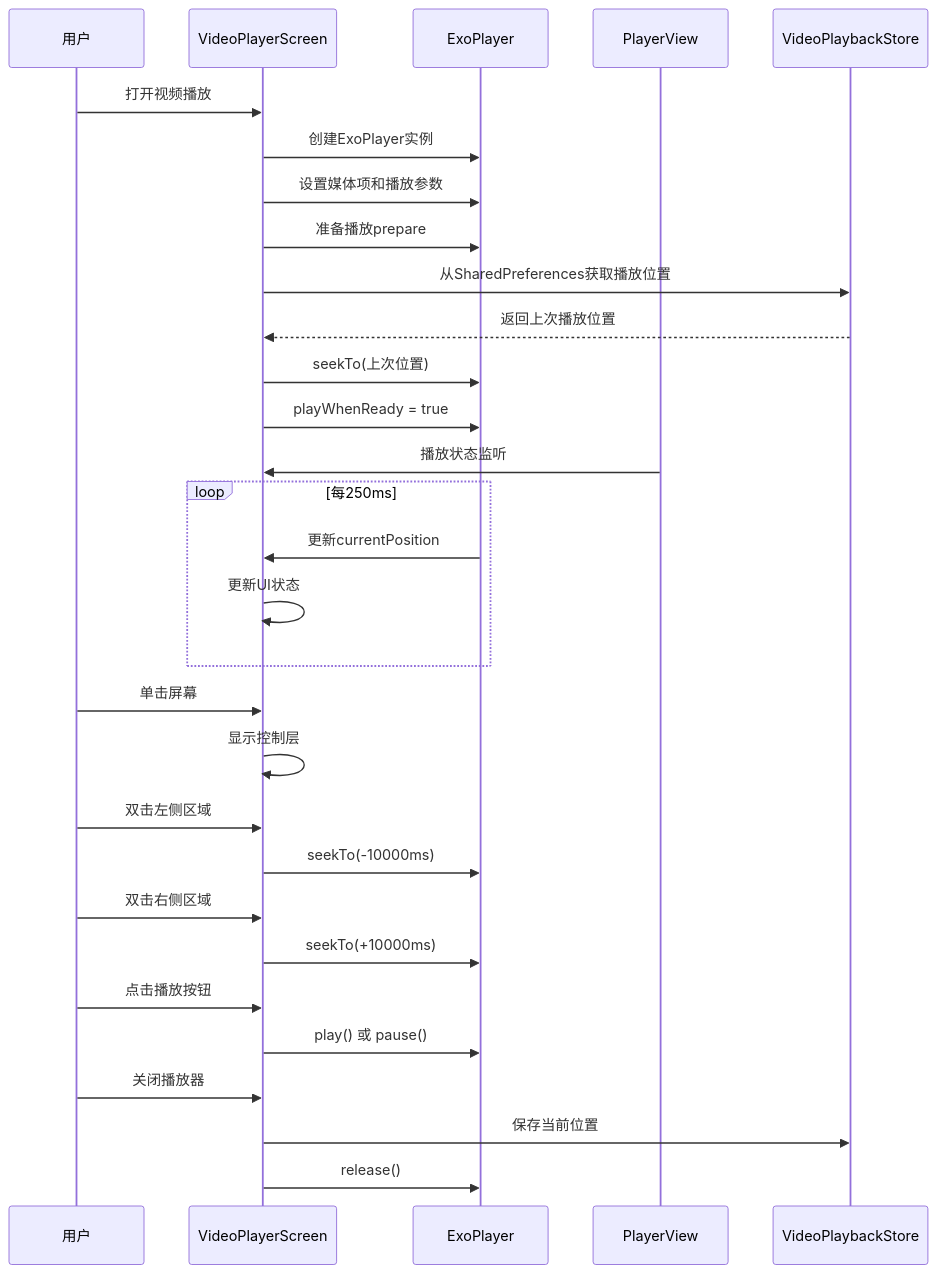
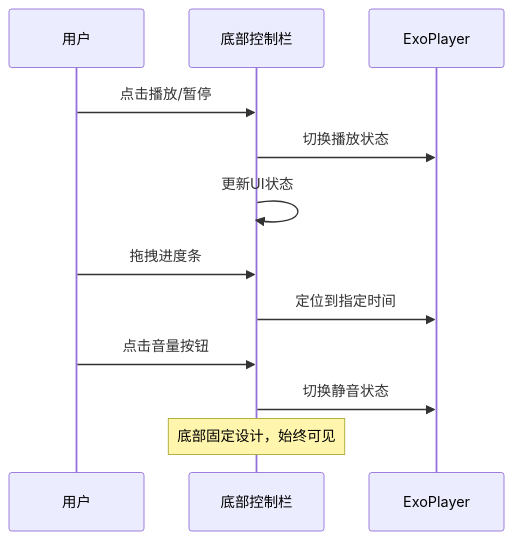
One commit to wanhongbo/ai-photo-vault changed the third of 9 diagrams in .qoder/repowiki/zh/content/项目概述/核心功能特性/视频播放系统.md. Above: the diagram before and after it, drawn with Mermaid. The commit also changed other lines of this file and 6 other files, not shown here.

````diff
--- a/.qoder/repowiki/zh/content/项目概述/核心功能特性/视频播放系统.md
+++ b/.qoder/repowiki/zh/content/项目概述/核心功能特性/视频播放系统.md
@@ -267,32 +244,14 @@
 ```mermaid
 sequenceDiagram
 participant User as 用户
-participant Screen as VideoPlayerScreen
+participant ControlBar as 底部控制栏
 participant Player as ExoPlayer
-participant View as PlayerView
-participant Store as VideoPlaybackStore
-User->>Screen : 打开视频播放
-Screen->>Player : 创建ExoPlayer实例
-Screen->>Player : 设置媒体项和播放参数
-Screen->>Player : 准备播放prepare
-Screen->>Store : 从SharedPreferences获取播放位置
-Store-->>Screen : 返回上次播放位置
-Screen->>Player : seekTo(上次位置)
-Screen->>Player : playWhenReady = true
-View->>Screen : 播放状态监听
-loop 每250ms
-Player->>Screen : 更新currentPosition
-Screen->>Screen : 更新UI状态
-end
-User->>Screen : 单击屏幕
-Screen->>Screen : 显示控制层
-User->>Screen : 双击左侧区域
-Screen->>Player : seekTo(-10000ms)
-User->>Screen : 双击右侧区域
-Screen->>Player : seekTo(+10000ms)
-User->>Screen : 点击播放按钮
-Screen->>Player : play() 或 pause()
-User->>Screen : 关闭播放器
-Screen->>Store : 保存当前位置
-Screen->>Player : release()
+User->>ControlBar : 点击播放/暂停
+ControlBar->>Player : 切换播放状态
+ControlBar->>ControlBar : 更新UI状态
+User->>ControlBar : 拖拽进度条
+ControlBar->>Player : 定位到指定时间
+User->>ControlBar : 点击音量按钮
+ControlBar->>Player : 切换静音状态
+Note over ControlBar : 底部固定设计，始终可见
 ```
````
